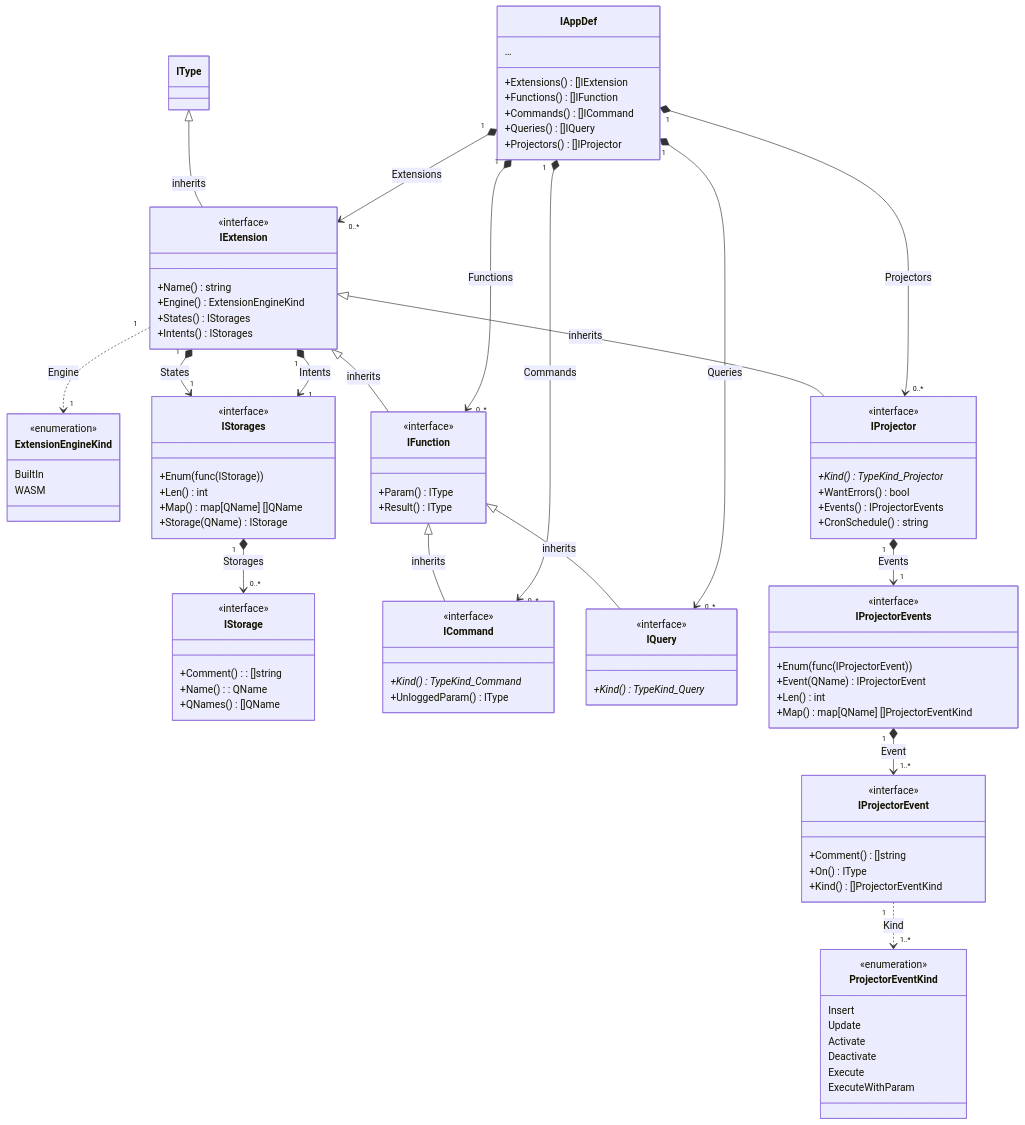
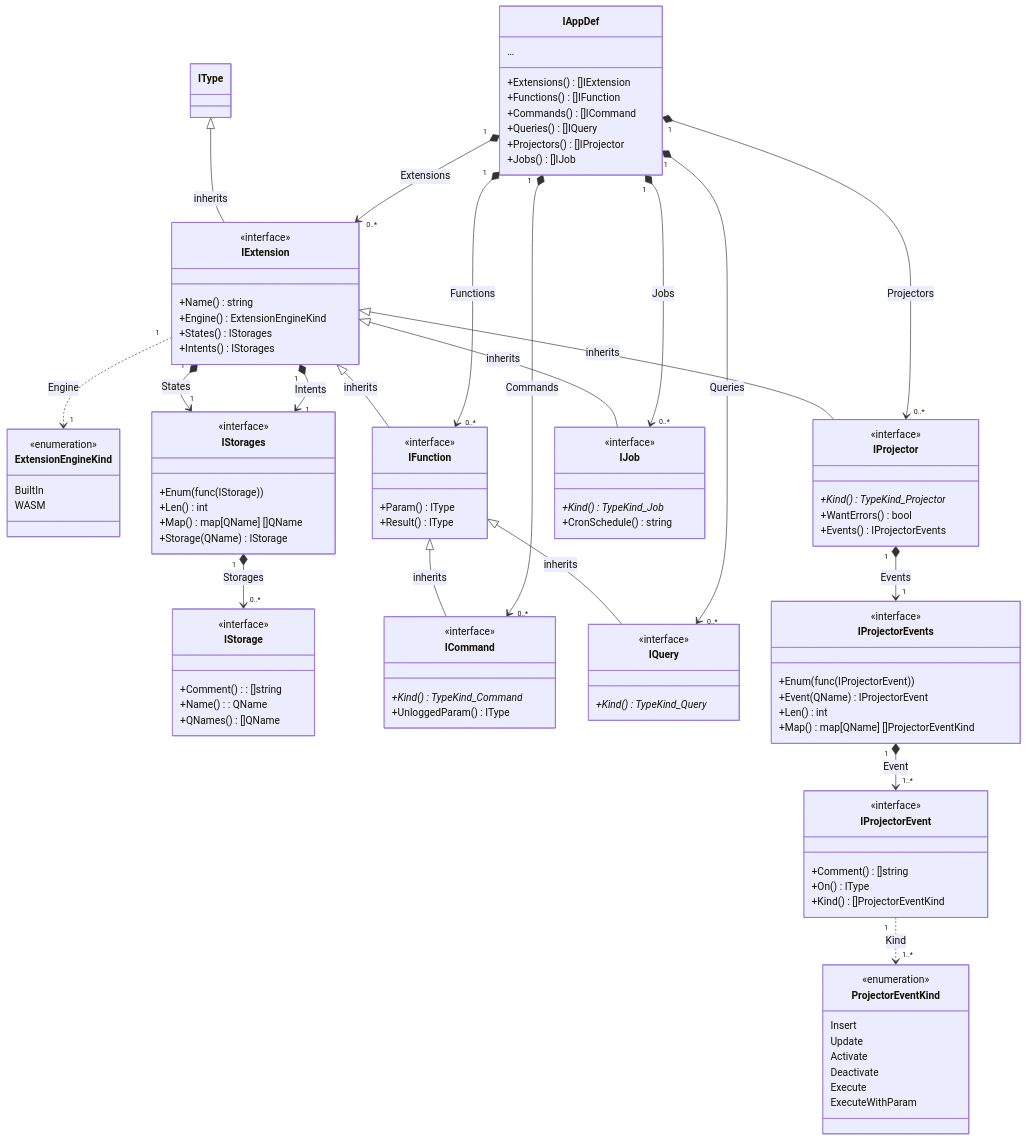
One commit to voedger/voedger changed the seventh of 8 diagrams in pkg/appdef/README.md. Above: the diagram before and after it, drawn with Mermaid. The commit also changed other lines of this file and 27 other files, not shown here.

````diff
--- a/pkg/appdef/README.md
+++ b/pkg/appdef/README.md
@@ -635,7 +641,6 @@
         +Kind()* TypeKind_Projector
         +WantErrors() bool
         +Events() IProjectorEvents
-        +CronSchedule() string
     }
 
     IProjector "1" *--> "1" IProjectorEvents : Events
@@ -665,6 +670,13 @@
         ExecuteWithParam
     }
 
+    IExtension <|-- IJob : inherits
+    class IJob {
+        <<interface>>
+        +Kind()* TypeKind_Job
+        +CronSchedule() string
+    }
+
     class IAppDef {
       …
       +Extensions() []IExtension
@@ -672,6 +684,7 @@
       +Commands() []ICommand
       +Queries() []IQuery
       +Projectors() []IProjector
+      +Jobs() []IJob
     }
 
     IAppDef "1" *--> "0..*" IExtension : Extensions
@@ -679,4 +692,5 @@
     IAppDef "1" *--> "0..*" ICommand : Commands
     IAppDef "1" *--> "0..*" IQuery : Queries
     IAppDef "1" *--> "0..*" IProjector : Projectors
+    IAppDef "1" *--> "0..*" IJob : Jobs
 ```
````
